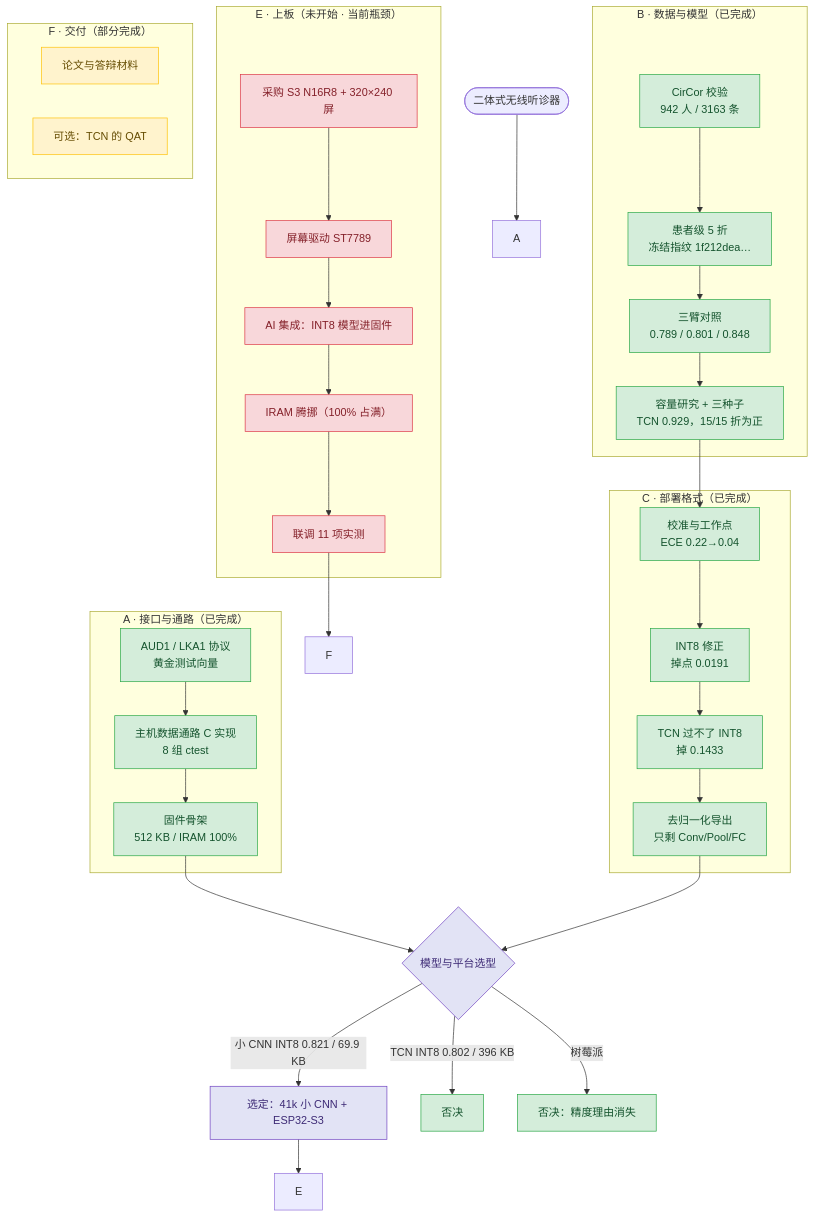
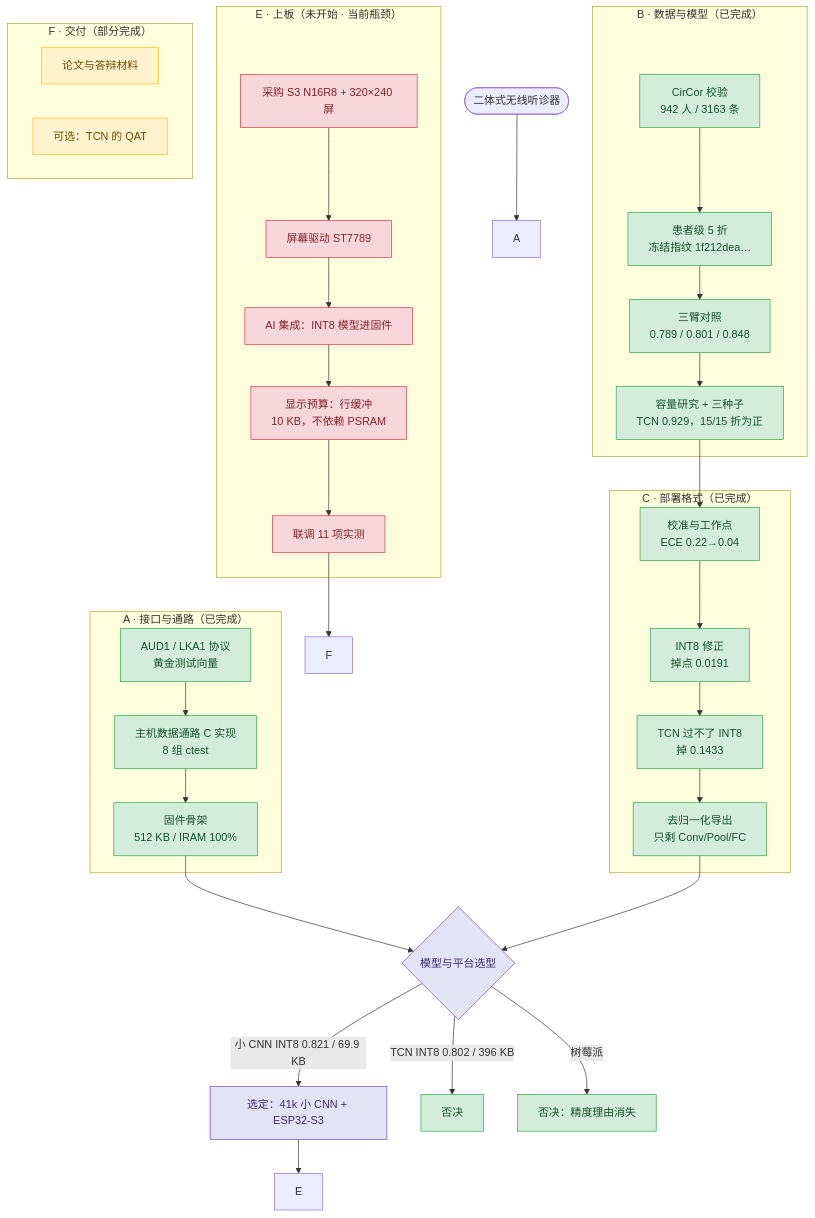
One commit to Dragon83599/FYP changed the first of 2 diagrams in docs/workflow-and-open-items.md. Above: the diagram before and after it, drawn with Mermaid. The commit also changed other lines of this file and 4 other files, not shown here.

````diff
--- a/docs/workflow-and-open-items.md
+++ b/docs/workflow-and-open-items.md
@@ -8,59 +8,59 @@
 ```mermaid
 flowchart TB
     classDef done fill:#d4edda,stroke:#28a745,color:#14532d
     classDef now fill:#fff3cd,stroke:#ffc107,color:#664d03
     classDef next fill:#f8d7da,stroke:#dc3545,color:#842029
     classDef gate fill:#e2e3f5,stroke:#6f42c1,color:#3d2a75
 
     S([二体式无线听诊器]) --> A
 
     subgraph 阶段A["A · 接口与通路（已完成）"]
         A1[AUD1 / LKA1 协议<br/>黄金测试向量]:::done
         A2[主机数据通路 C 实现<br/>8 组 ctest]:::done
         A3[固件骨架<br/>512 KB / IRAM 100%]:::done
         A1 --> A2 --> A3
     end
 
     subgraph 阶段B["B · 数据与模型（已完成）"]
         B1[CirCor 校验<br/>942 人 / 3163 条]:::done
         B2[患者级 5 折<br/>冻结指纹 1f212dea…]:::done
         B3[三臂对照<br/>0.789 / 0.801 / 0.848]:::done
         B4[容量研究 + 三种子<br/>TCN 0.929，15/15 折为正]:::done
         B1 --> B2 --> B3 --> B4
     end
 
     subgraph 阶段C["C · 部署格式（已完成）"]
         C1[校准与工作点<br/>ECE 0.22→0.04]:::done
         C2[INT8 修正<br/>掉点 0.0191]:::done
         C3[TCN 过不了 INT8<br/>掉 0.1433]:::done
         C4[去归一化导出<br/>只剩 Conv/Pool/FC]:::done
         C1 --> C2 --> C3 --> C4
     end
 
     B4 --> C1
     A3 --> D0
     C4 --> D0
 
     D0{模型与平台选型}:::gate
     D0 -->|小 CNN INT8 0.821 / 69.9 KB| SEL[选定：41k 小 CNN + ESP32-S3]:::gate
     D0 -->|TCN INT8 0.802 / 396 KB| NO[否决]:::done
     D0 -->|树莓派| NO2[否决：精度理由消失]:::done
 
     SEL --> E
 
     subgraph 阶段E["E · 上板（未开始 · 当前瓶颈）"]
         E1[采购 S3 N16R8 + 320×240 屏]:::next
         E2[屏幕驱动 ST7789]:::next
         E3[AI 集成：INT8 模型进固件]:::next
-        E4[IRAM 腾挪（100% 占满）]:::next
+        E4[显示预算：行缓冲<br/>10 KB，不依赖 PSRAM]:::next
         E5[联调 11 项实测]:::next
         E1 --> E2 --> E3 --> E4 --> E5
     end
 
     E5 --> F
 
     subgraph 阶段F["F · 交付（部分完成）"]
         F1[论文与答辩材料]:::now
         F2[可选：TCN 的 QAT]:::now
     end
 ```
````
